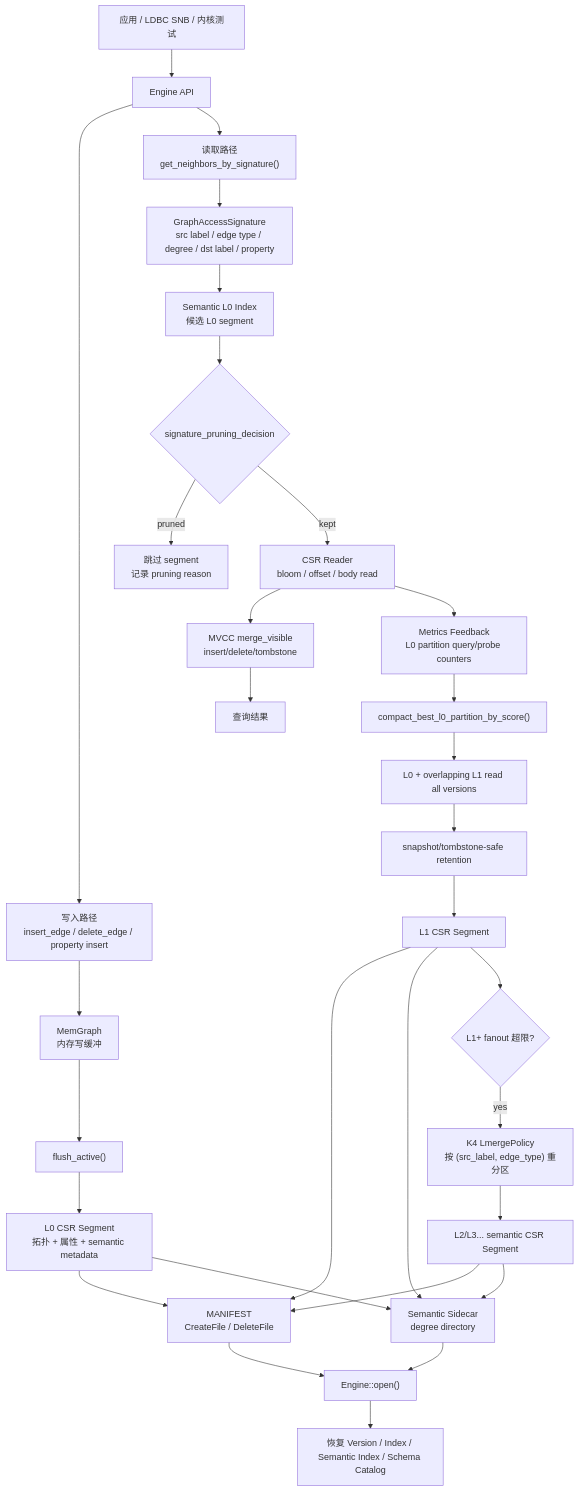
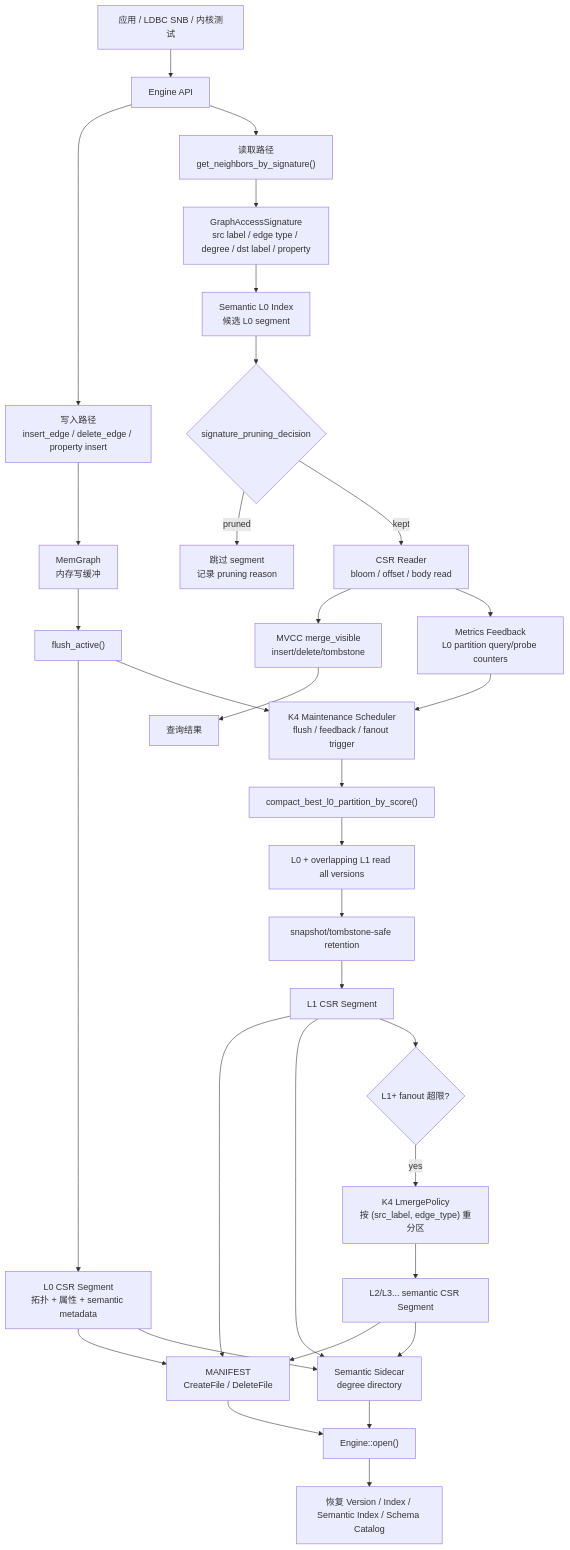
One commit to WhiteGive-base/lsmgraph-rs changed the diagram in LSMGRAPH-ARCHITECTURE.md. Above: the diagram before and after it, drawn with Mermaid. The commit also changed other lines of this file and 8 other files, not shown here.

Commit message:
Implement-K4-auto-maintenance-and-SNB-delta-trigger

````diff
--- a/LSMGRAPH-ARCHITECTURE.md
+++ b/LSMGRAPH-ARCHITECTURE.md
@@ -45,37 +50,39 @@
 ```mermaid
 flowchart TD
     A["应用 / LDBC SNB / 内核测试"] --> B["Engine API"]
 
     B --> C["写入路径<br/>insert_edge / delete_edge / property insert"]
     C --> D["MemGraph<br/>内存写缓冲"]
     D --> E["flush_active()"]
     E --> F["L0 CSR Segment<br/>拓扑 + 属性 + semantic metadata"]
     F --> G["MANIFEST<br/>CreateFile / DeleteFile"]
     F --> H["Semantic Sidecar<br/>degree directory"]
 
     B --> I["读取路径<br/>get_neighbors_by_signature()"]
     I --> J["GraphAccessSignature<br/>src label / edge type / degree / dst label / property"]
     J --> K["Semantic L0 Index<br/>候选 L0 segment"]
     K --> L{"signature_pruning_decision"}
     L -->|pruned| M["跳过 segment<br/>记录 pruning reason"]
     L -->|kept| N["CSR Reader<br/>bloom / offset / body read"]
     N --> O["MVCC merge_visible<br/>insert/delete/tombstone"]
     O --> P["查询结果"]
 
     N --> Q["Metrics Feedback<br/>L0 partition query/probe counters"]
-    Q --> R["compact_best_l0_partition_by_score()"]
+    E --> AA["K4 Maintenance Scheduler<br/>flush / feedback / fanout trigger"]
+    Q --> AA
+    AA --> R["compact_best_l0_partition_by_score()"]
     R --> S["L0 + overlapping L1 read all versions"]
     S --> T["snapshot/tombstone-safe retention"]
     T --> U["L1 CSR Segment"]
     U --> G
     U --> H
     U --> X{"L1+ fanout 超限?"}
     X -->|yes| Y["K4 LmergePolicy<br/>按 (src_label, edge_type) 重分区"]
     Y --> Z["L2/L3... semantic CSR Segment"]
     Z --> G
     Z --> H
 
     G --> V["Engine::open()"]
     H --> V
     V --> W["恢复 Version / Index / Semantic Index / Schema Catalog"]
 ```
````
